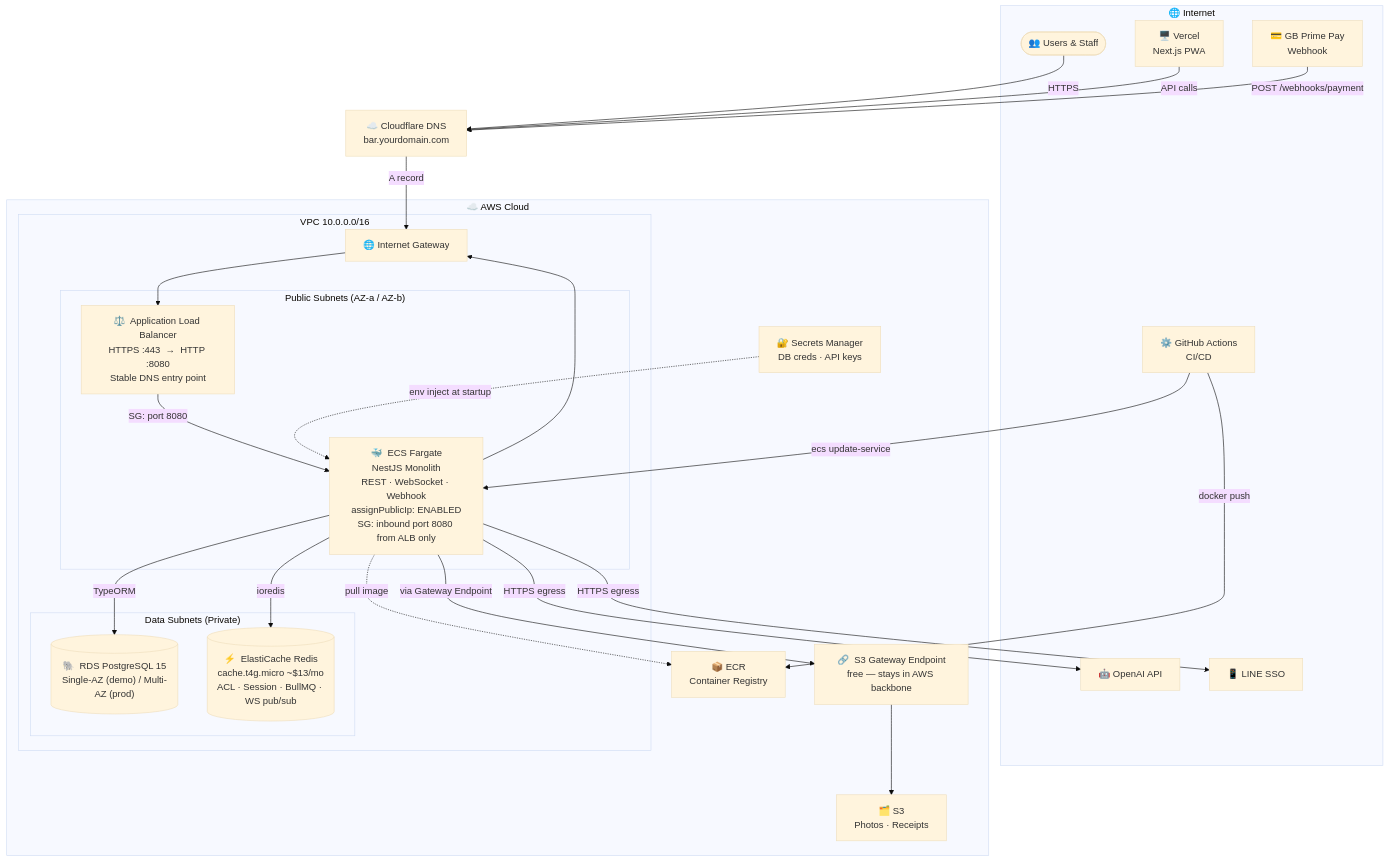
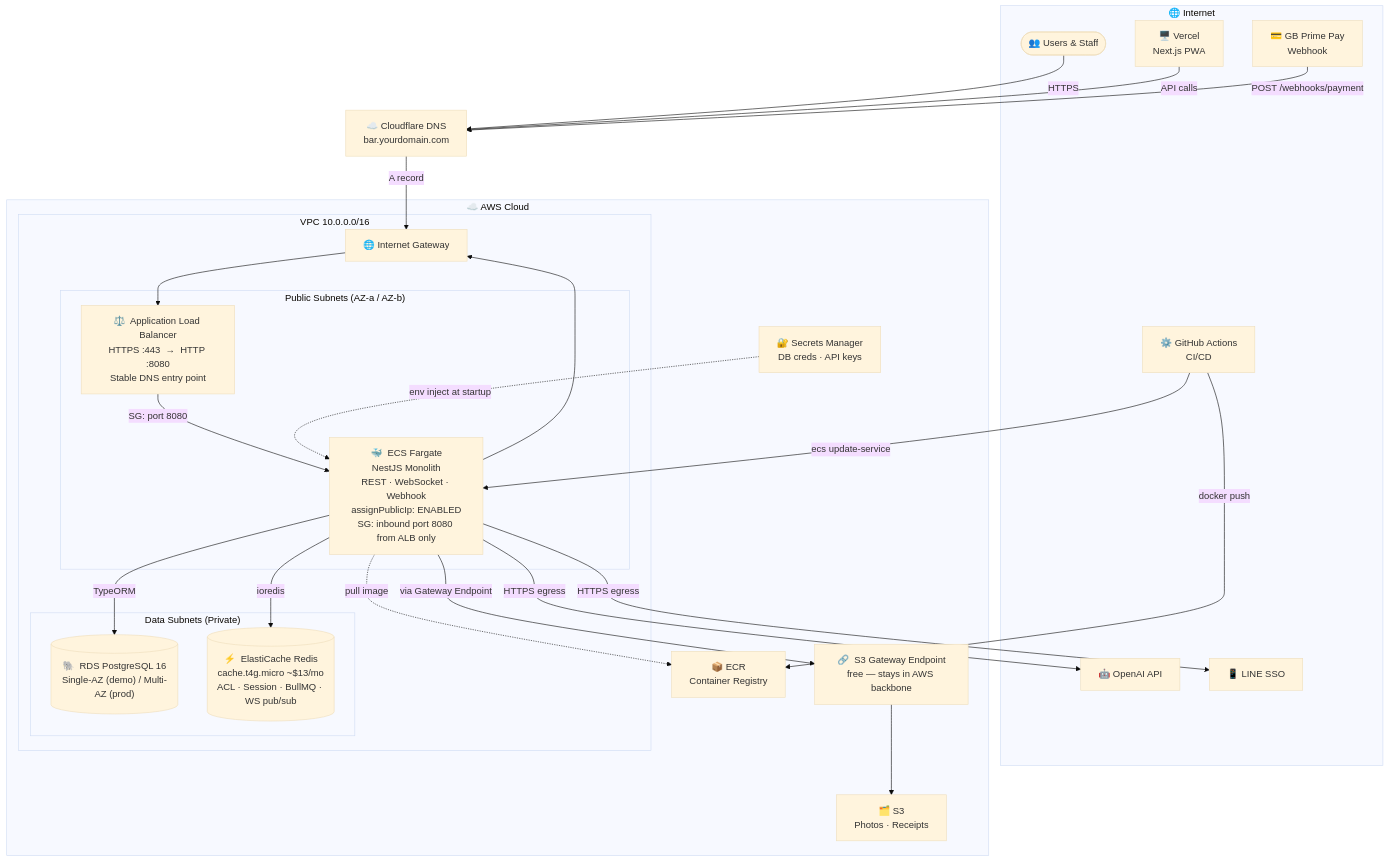
One commit to khaijeaw65/bar-management-system changed the diagram in docs/infra.md. Above: the diagram before and after it, drawn with Mermaid (base theme). The commit also changed other lines of this file and 1 other file, not shown here.

Commit message:
docs(sh-001): resolve §7 decisions — postgres:16-alpine, root-only pnpm; RDS plan → PG 16
Claude-Session: https://claude.ai/code/session_01HpZqxLngAmK65rA6y3VhUk

````diff
--- a/docs/infra.md
+++ b/docs/infra.md
@@ -68,60 +68,60 @@
 ```mermaid
 flowchart TD
 
     subgraph EXT["🌐  Internet"]
         Users(["👥  Users & Staff"])
         Vercel["🖥️  Vercel\nNext.js PWA"]
         GBPay["💳  GB Prime Pay\nWebhook"]
         OpenAI["🤖  OpenAI API"]
         LINE["📱  LINE SSO"]
         GHA["⚙️  GitHub Actions\nCI/CD"]
     end
 
     CF["☁️  Cloudflare DNS\nbar.yourdomain.com"]
 
     subgraph AWS["☁️  AWS Cloud"]
         ECR["📦  ECR\nContainer Registry"]
         S3["🗂️  S3\nPhotos · Receipts"]
         SSM["🔐  Secrets Manager\nDB creds · API keys"]
         S3EP["🔗  S3 Gateway Endpoint\nfree — stays in AWS backbone"]
 
         subgraph VPC["VPC  10.0.0.0/16"]
             IGW["🌐  Internet Gateway"]
 
             subgraph PUB["Public Subnets  (AZ-a / AZ-b)"]
                 ALB["⚖️  Application Load Balancer\nHTTPS :443  →  HTTP :8080\nStable DNS entry point"]
                 ECS["🐳  ECS Fargate\nNestJS Monolith\nREST · WebSocket · Webhook\nassignPublicIp: ENABLED\nSG: inbound port 8080 from ALB only"]
             end
 
             subgraph DATA["Data Subnets  (Private)"]
-                RDS[("🐘  RDS PostgreSQL 15\nSingle-AZ (demo) / Multi-AZ (prod)")]
+                RDS[("🐘  RDS PostgreSQL 16\nSingle-AZ (demo) / Multi-AZ (prod)")]
                 REDIS[("⚡  ElastiCache Redis\ncache.t4g.micro ~$13/mo\nACL · Session · BullMQ · WS pub/sub")]
             end
         end
     end
 
     %% Ingress
     Users      -->|HTTPS| CF
     Vercel     -->|API calls| CF
     GBPay      -->|POST /webhooks/payment| CF
     CF         -->|A record| IGW
     IGW        --> ALB
     ALB        -->|SG: port 8080| ECS
 
     %% Data plane
     ECS        -->|TypeORM| RDS
     ECS        -->|ioredis| REDIS
     ECS        -->|via Gateway Endpoint| S3EP
     S3EP       --> S3
     SSM        -.->|env inject at startup| ECS
 
     %% Egress — direct via public IP through IGW
     ECS        -->|HTTPS egress| OpenAI
     ECS        -->|HTTPS egress| LINE
     ECS        -.->|pull image| ECR
     ECS        --> IGW
 
     %% CI/CD
     GHA        -->|docker push| ECR
     GHA        -->|ecs update-service| ECS
 ```
````
